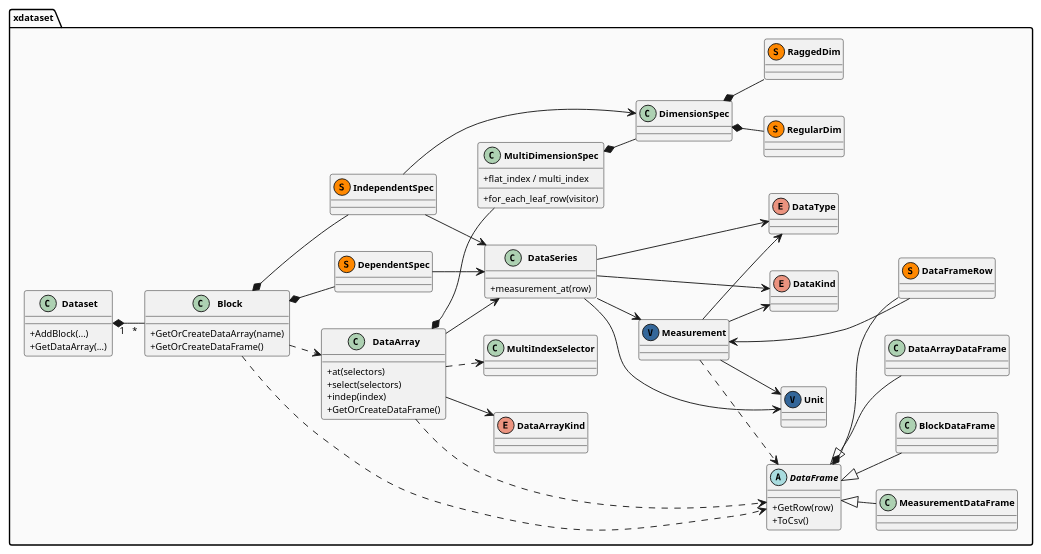
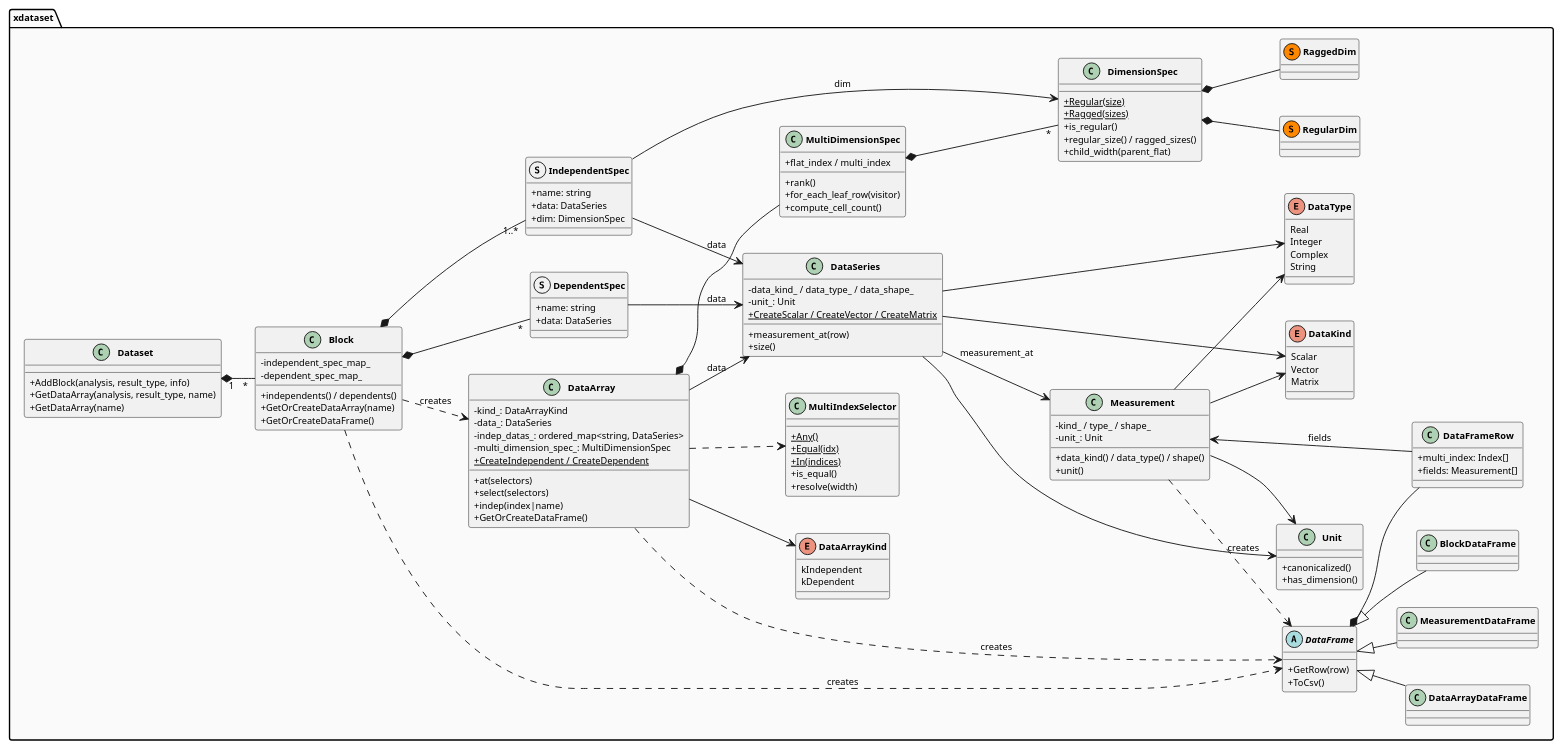
One commit to smile-zyk/xdataset changed the first of 2 diagrams in docs/Architecture.md. Above: the diagram before and after it, drawn with PlantUML. The commit also changed other lines of this file and 8 other files, not shown here.

First line of the commit message:
refactor: rename DTypeOf to DataTypeOf, remove MultiDimensionSpec ctor, simplify DataSeries::at

```diff
--- a/docs/Architecture.md
+++ b/docs/Architecture.md
@@ -21,90 +21,141 @@
 package "xdataset" #FAFAFA {
 
     class Dataset {
-        + AddBlock(...)
-        + GetDataArray(...)
+        + AddBlock(analysis, result_type, info)
+        + GetDataArray(analysis, result_type, name)
+        + GetDataArray(name)
     }
 
     class Block {
+        - independent_spec_map_
+        - dependent_spec_map_
+        + independents() / dependents()
         + GetOrCreateDataArray(name)
         + GetOrCreateDataFrame()
     }
 
-    class IndependentSpec << (S,#FF8800) >>
-    class DependentSpec << (S,#FF8800) >>
+    struct IndependentSpec {
+        + name: string
+        + data: DataSeries
+        + dim: DimensionSpec
+    }
+
+    struct DependentSpec {
+        + name: string
+        + data: DataSeries
+    }
 
     class DataArray {
+        - kind_: DataArrayKind
+        - data_: DataSeries
+        - indep_datas_: ordered_map<string, DataSeries>
+        - multi_dimension_spec_: MultiDimensionSpec
+        + {static} CreateIndependent / CreateDependent
         + at(selectors)
         + select(selectors)
-        + indep(index)
+        + indep(index|name)
         + GetOrCreateDataFrame()
     }
 
-    enum DataArrayKind
+    enum DataArrayKind {
+        kIndependent
+        kDependent
+    }
 
     class MultiDimensionSpec {
+        + rank()
         + flat_index / multi_index
         + for_each_leaf_row(visitor)
+        + compute_cell_count()
     }
 
-    class DimensionSpec
+    class DimensionSpec {
+        + {static} Regular(size)
+        + {static} Ragged(sizes)
+        + is_regular()
+        + regular_size() / ragged_sizes()
+        + child_width(parent_flat)
+    }
     class RegularDim << (S,#FF8800) >>
     class RaggedDim << (S,#FF8800) >>
-    class MultiIndexSelector
+    DimensionSpec *-- RegularDim
+    DimensionSpec *-- RaggedDim
+
+    class MultiIndexSelector {
+        + {static} Any()
+        + {static} Equal(idx)
+        + {static} In(indices)
+        + is_equal()
+        + resolve(width)
+    }
 
     abstract class DataFrame {
         + GetRow(row)
         + ToCsv()
     }
-
-    class BlockDataFrame
-    class DataArrayDataFrame
-    class MeasurementDataFrame
-
-    class DataFrameRow << (S,#FF8800) >>
-
-    class DataSeries {
-        + measurement_at(row)
-    }
-
-    class Measurement << (V,#336699) >>
-    class Unit << (V,#336699) >>
-
-    enum DataKind
-    enum DataType
-
-    Dataset "1" *-- "*" Block
-    Block *-- IndependentSpec
-    Block *-- DependentSpec
-    IndependentSpec --> DataSeries
-    IndependentSpec --> DimensionSpec
-    DependentSpec --> DataSeries
-    Block ..> DataArray
-    Block ..> DataFrame
-
-    DataArray --> DataSeries
-    DataArray *-- MultiDimensionSpec
-    DataArray --> DataArrayKind
-    DataArray ..> DataFrame
-    DataArray ..> MultiIndexSelector
-
-    MultiDimensionSpec *-- DimensionSpec
-    DimensionSpec *-- RegularDim
-    DimensionSpec *-- RaggedDim
-
     DataFrame <|-- BlockDataFrame
     DataFrame <|-- DataArrayDataFrame
     DataFrame <|-- MeasurementDataFrame
+
+    class DataFrameRow {
+        + multi_index: Index[]
+        + fields: Measurement[]
+    }
+
+    class DataSeries {
+        - data_kind_ / data_type_ / data_shape_
+        - unit_: Unit
+        + {static} CreateScalar / CreateVector / CreateMatrix
+        + measurement_at(row)
+        + size()
+    }
+
+    class Measurement {
+        - kind_ / type_ / shape_
+        - unit_: Unit
+        + data_kind() / data_type() / shape()
+        + unit()
+    }
+
+    class Unit {
+        + canonicalized()
+        + has_dimension()
+    }
+
+    enum DataKind {
+        Scalar
+        Vector
+        Matrix
+    }
+
+    enum DataType {
+        Real
+        Integer
+        Complex
+        String
+    }
+
+    Dataset "1" *-- "*" Block
+    Block *-- "1..*" IndependentSpec
+    Block *-- "*" DependentSpec
+    IndependentSpec --> DataSeries : data
+    IndependentSpec --> DimensionSpec : dim
+    DependentSpec --> DataSeries : data
+    Block ..> DataArray : creates
+    Block ..> DataFrame : creates
+    DataArray --> DataSeries : data
+    DataArray *-- MultiDimensionSpec
+    DataArray --> DataArrayKind
+    DataArray ..> DataFrame : creates
+    DataArray ..> MultiIndexSelector
+    MultiDimensionSpec *-- "*" DimensionSpec
     DataFrame *-- DataFrameRow
-    DataFrameRow --> Measurement
-
-    Measurement ..> DataFrame
-
-    DataSeries --> Measurement
+    DataFrameRow --> Measurement : fields
+    Measurement ..> DataFrame : creates
+    DataSeries --> Measurement : measurement_at
     DataSeries --> Unit
     DataSeries --> DataKind
     DataSeries --> DataType
-
     Measurement --> Unit
     Measurement --> DataKind
     Measurement --> DataType
```
